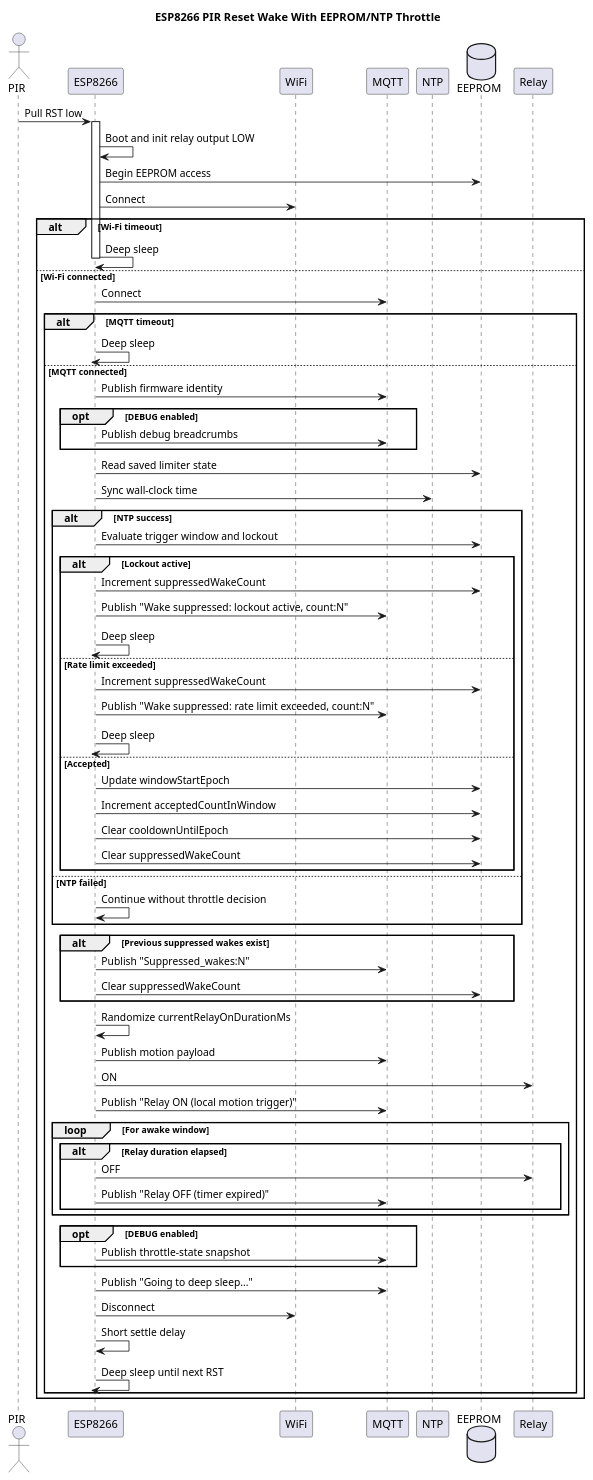
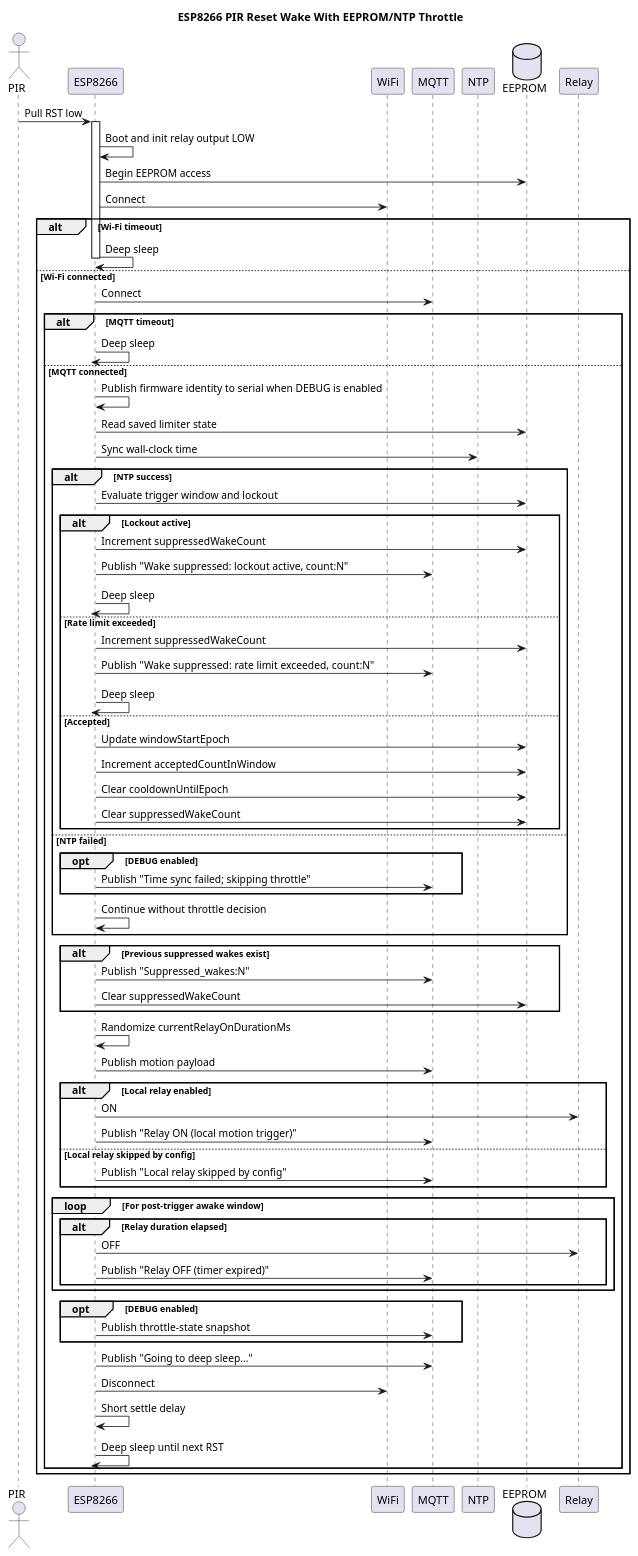
Before and after one commit to harraz/elghafeer: the diagram in docs/firmware-flow.puml, drawn with PlantUML. The commit also changed 5 other files, not shown here.

```diff
--- a/docs/firmware-flow.puml
+++ b/docs/firmware-flow.puml
@@ -1,88 +1,91 @@
 @startuml
 title ESP8266 PIR Reset Wake With EEPROM/NTP Throttle
 
 actor PIR
 participant "ESP8266" as ESP
 participant "WiFi" as WIFI
 participant "MQTT" as MQTT
 participant "NTP" as NTP
 database "EEPROM" as EEPROM
 participant "Relay" as RELAY
 
 PIR -> ESP : Pull RST low
 activate ESP
 
 ESP -> ESP : Boot and init relay output LOW
 ESP -> EEPROM : Begin EEPROM access
 
 ESP -> WIFI : Connect
 alt Wi-Fi timeout
   ESP -> ESP : Deep sleep
-  deactivate ESP
-else Wi-Fi connected
-  ESP -> MQTT : Connect
-  alt MQTT timeout
-    ESP -> ESP : Deep sleep
     deactivate ESP
-  else MQTT connected
-    ESP -> MQTT : Publish firmware identity
+  else Wi-Fi connected
+    ESP -> MQTT : Connect
+    alt MQTT timeout
+      ESP -> ESP : Deep sleep
+      deactivate ESP
+    else MQTT connected
+      ESP -> ESP : Publish firmware identity to serial when DEBUG is enabled
 
-    opt DEBUG enabled
-      ESP -> MQTT : Publish debug breadcrumbs
-    end
+      ESP -> EEPROM : Read saved limiter state
+      ESP -> NTP : Sync wall-clock time
 
-    ESP -> EEPROM : Read saved limiter state
-    ESP -> NTP : Sync wall-clock time
-
-    alt NTP success
+      alt NTP success
       ESP -> EEPROM : Evaluate trigger window and lockout
 
       alt Lockout active
         ESP -> EEPROM : Increment suppressedWakeCount
         ESP -> MQTT : Publish "Wake suppressed: lockout active, count:N"
         ESP -> ESP : Deep sleep
         deactivate ESP
       else Rate limit exceeded
         ESP -> EEPROM : Increment suppressedWakeCount
         ESP -> MQTT : Publish "Wake suppressed: rate limit exceeded, count:N"
         ESP -> ESP : Deep sleep
         deactivate ESP
       else Accepted
         ESP -> EEPROM : Update windowStartEpoch
         ESP -> EEPROM : Increment acceptedCountInWindow
         ESP -> EEPROM : Clear cooldownUntilEpoch
         ESP -> EEPROM : Clear suppressedWakeCount
       end
     else NTP failed
+      opt DEBUG enabled
+        ESP -> MQTT : Publish "Time sync failed; skipping throttle"
+      end
       ESP -> ESP : Continue without throttle decision
     end
 
     alt Previous suppressed wakes exist
       ESP -> MQTT : Publish "Suppressed_wakes:N"
       ESP -> EEPROM : Clear suppressedWakeCount
     end
 
     ESP -> ESP : Randomize currentRelayOnDurationMs
     ESP -> MQTT : Publish motion payload
-    ESP -> RELAY : ON
-    ESP -> MQTT : Publish "Relay ON (local motion trigger)"
+    alt Local relay enabled
+      ESP -> RELAY : ON
+      ESP -> MQTT : Publish "Relay ON (local motion trigger)"
+    else Local relay skipped by config
+      ESP -> MQTT : Publish "Local relay skipped by config"
+    end
 
-    loop For awake window
+    loop For post-trigger awake window
       alt Relay duration elapsed
         ESP -> RELAY : OFF
         ESP -> MQTT : Publish "Relay OFF (timer expired)"
       end
     end
 
     opt DEBUG enabled
       ESP -> MQTT : Publish throttle-state snapshot
     end
 
     ESP -> MQTT : Publish "Going to deep sleep..."
     ESP -> WIFI : Disconnect
     ESP -> ESP : Short settle delay
     ESP -> ESP : Deep sleep until next RST
     deactivate ESP
   end
 end
 @enduml
```
